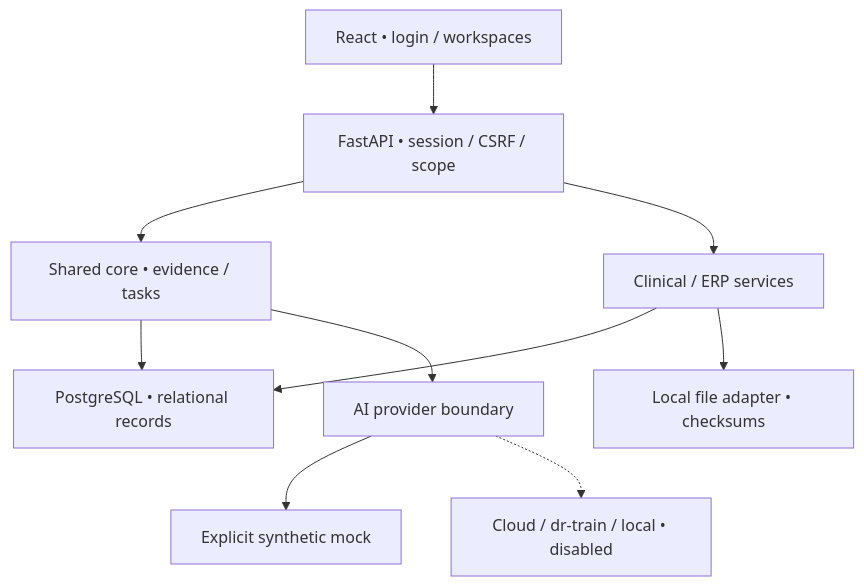
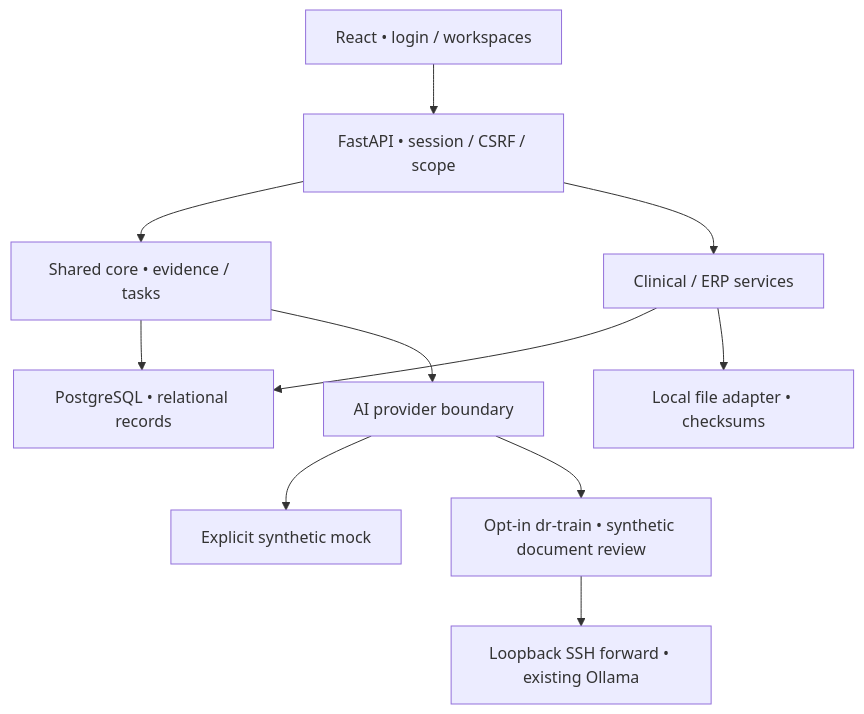
The diagram in docs/ARCHITECTURE.md (siriponsri/his-poc), drawn with Mermaid before and after one commit. The commit also changed other lines of this file and 105 other files, not shown here.

Commit message:
feat: connect private dr-train AI document completeness review

````diff
--- a/docs/ARCHITECTURE.md
+++ b/docs/ARCHITECTURE.md
@@ -5,12 +5,13 @@
 ```mermaid
 flowchart TD
   UI["React • login / workspaces"] --> API["FastAPI • session / CSRF / scope"]
   API --> CORE["Shared core • evidence / tasks"]
   API --> DOMAIN["Clinical / ERP services"]
   CORE --> DB["PostgreSQL • relational records"]
   DOMAIN --> DB
   DOMAIN --> FILES["Local file adapter • checksums"]
   CORE --> AI["AI provider boundary"]
   AI --> MOCK["Explicit synthetic mock"]
-  AI -.-> LIVE["Cloud / dr-train / local • disabled"]
+  AI --> LIVE["Opt-in dr-train • synthetic document review"]
+  LIVE --> TUNNEL["Loopback SSH forward • existing Ollama"]
 ```
````
